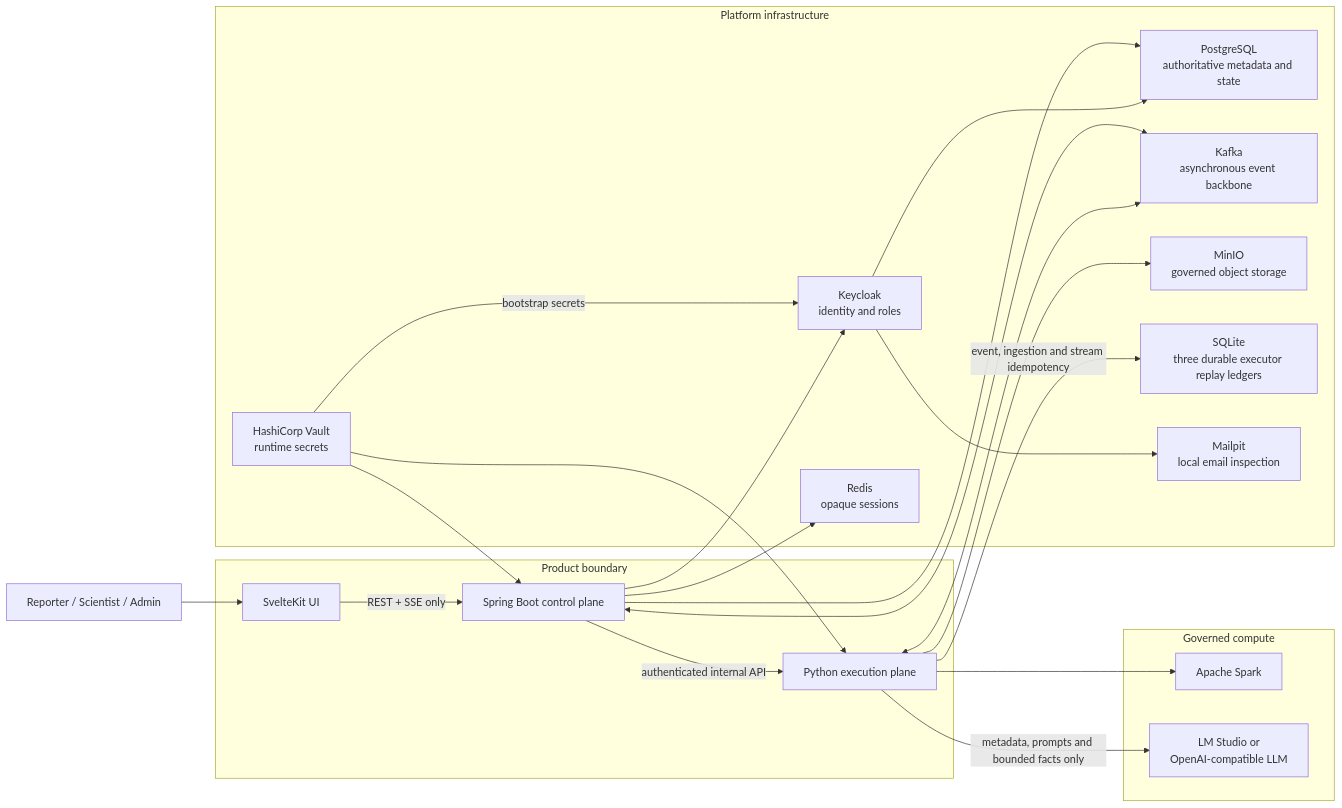
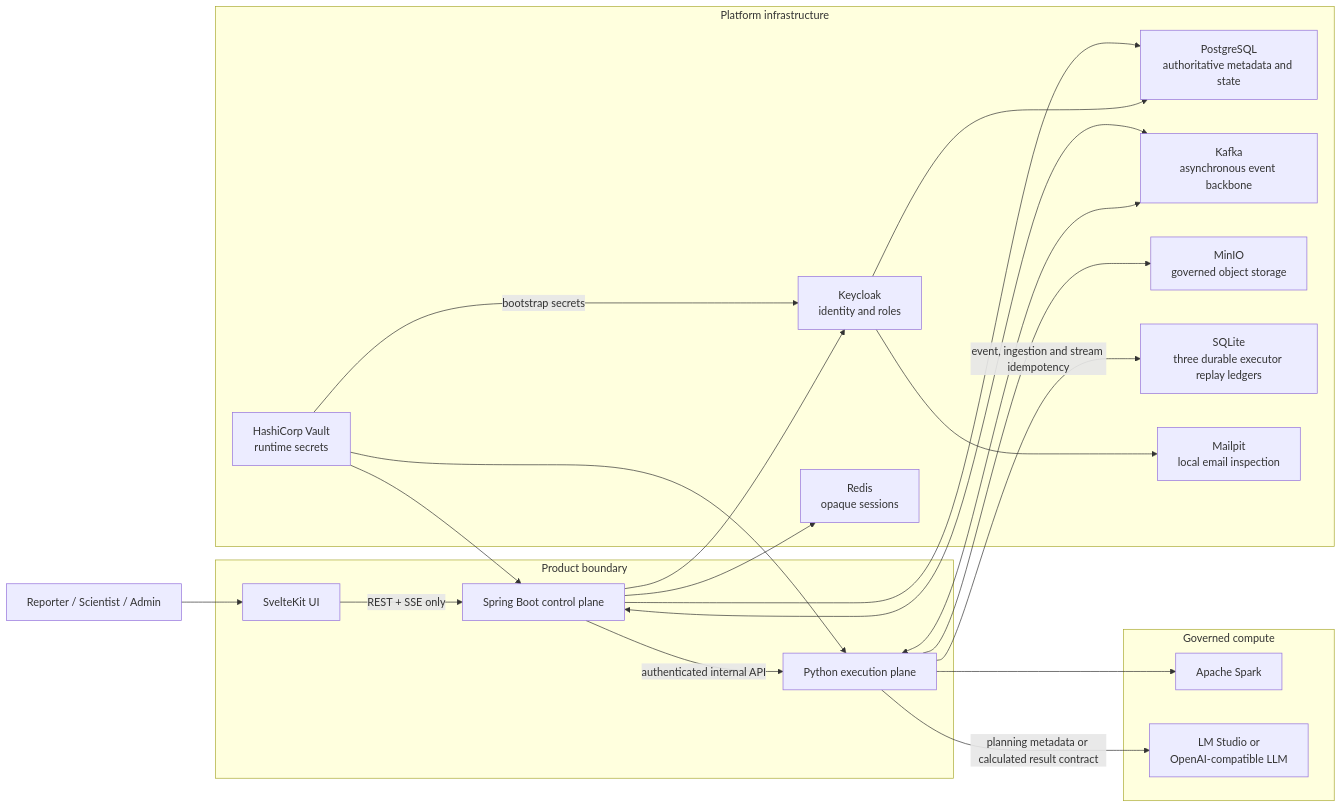
One commit to egulay/kozmik-lahmacun changed the first of 3 diagrams in README.md. Above: the diagram before and after it, drawn with Mermaid. The commit also changed other lines of this file and 13 other files, not shown here.

````diff
--- a/README.md
+++ b/README.md
@@ -82,44 +84,44 @@
 ```mermaid
 flowchart LR
     User["Reporter / Scientist / Admin"]
 
     subgraph Product["Product boundary"]
         UI["SvelteKit UI"]
         Java["Spring Boot control plane"]
         Python["Python execution plane"]
     end
 
     subgraph Platform["Platform infrastructure"]
         Keycloak["Keycloak<br/>identity and roles"]
         Redis["Redis<br/>opaque sessions"]
         PostgreSQL["PostgreSQL<br/>authoritative metadata and state"]
         Kafka["Kafka<br/>asynchronous event backbone"]
         MinIO["MinIO<br/>governed object storage"]
         SQLite["SQLite<br/>three durable executor replay ledgers"]
         Vault["HashiCorp Vault<br/>runtime secrets"]
         Mailpit["Mailpit<br/>local email inspection"]
     end
 
     subgraph Compute["Governed compute"]
         Spark["Apache Spark"]
         LLM["LM Studio or<br/>OpenAI-compatible LLM"]
     end
 
     User --> UI
     UI -->|"REST + SSE only"| Java
     Java --> Keycloak
     Java --> Redis
     Java --> PostgreSQL
     Keycloak --> PostgreSQL
     Java <--> Kafka
     Java -->|"authenticated internal API"| Python
     Python <--> Kafka
     Python --> Spark
     Python --> MinIO
     Python -->|"event, ingestion and stream idempotency"| SQLite
-    Python -->|"metadata, prompts and bounded facts only"| LLM
+    Python -->|"planning metadata or calculated result contract"| LLM
     Vault --> Java
     Vault --> Python
     Vault -->|"bootstrap secrets"| Keycloak
     Keycloak --> Mailpit
 ```
````
